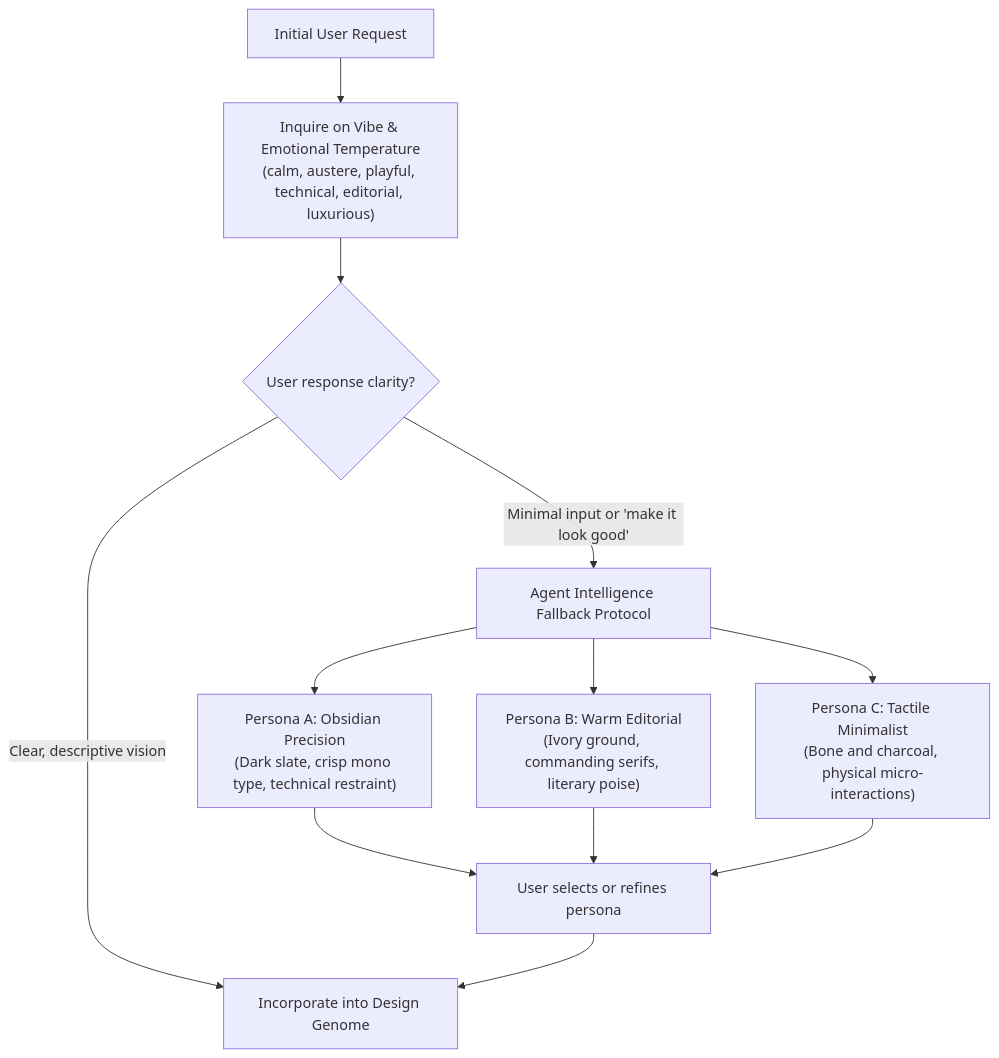
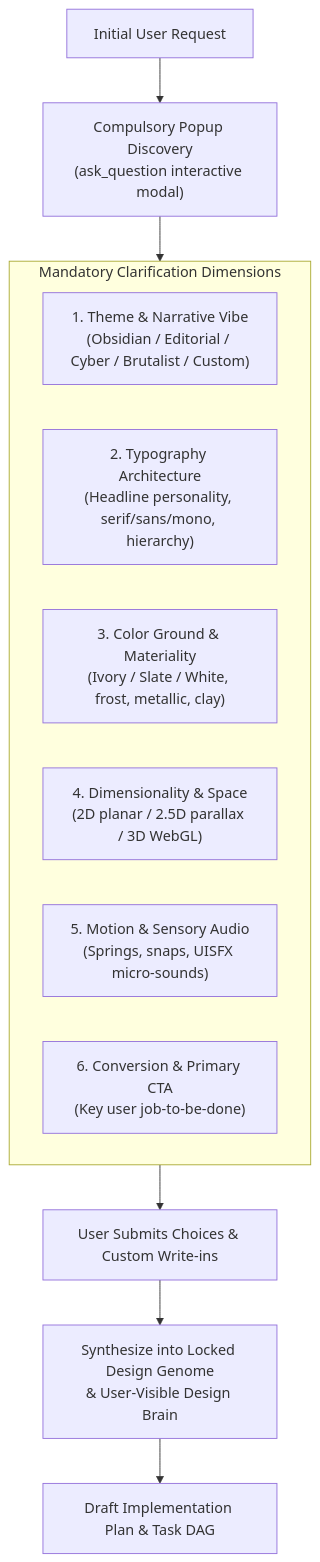
Before and after one commit to Erebuzzz/pixasso: the second of 7 diagrams in README.md, drawn with Mermaid. The commit also changed other lines of this file and 28 other files, not shown here.

Commit message:
Enforce compulsory interactive popup discovery before implementation planning across all agent adapters

````diff
--- a/README.md
+++ b/README.md
@@ -165,17 +165,18 @@
 ```mermaid
 flowchart TD
-    Req["Initial User Request"] --> AskFeel["Inquire on Vibe & Emotional Temperature<br/>(calm, austere, playful, technical, editorial, luxurious)"]
-    AskFeel --> UserResponse{"User response clarity?"}
+    Req["Initial User Request"] --> PopupModal["Compulsory Popup Discovery<br/>(ask_question interactive modal)"]
 
-    UserResponse -->|"Clear, descriptive vision"| LockGenome["Incorporate into Design Genome"]
-    UserResponse -->|"Minimal input or 'make it look good'"| Fallback["Agent Intelligence Fallback Protocol"]
+    subgraph Dimensions ["Mandatory Clarification Dimensions"]
+        Theme["1. Theme & Narrative Vibe<br/>(Obsidian / Editorial / Cyber / Brutalist / Custom)"]
+        Type["2. Typography Architecture<br/>(Headline personality, serif/sans/mono, hierarchy)"]
+        Color["3. Color Ground & Materiality<br/>(Ivory / Slate / White, frost, metallic, clay)"]
+        Dim["4. Dimensionality & Space<br/>(2D planar / 2.5D parallax / 3D WebGL)"]
+        Motion["5. Motion & Sensory Audio<br/>(Springs, snaps, UISFX micro-sounds)"]
+        Goal["6. Conversion & Primary CTA<br/>(Key user job-to-be-done)"]
+    end
 
-    Fallback --> OptionA["Persona A: Obsidian Precision<br/>(Dark slate, crisp mono type, technical restraint)"]
-    Fallback --> OptionB["Persona B: Warm Editorial<br/>(Ivory ground, commanding serifs, literary poise)"]
-    Fallback --> OptionC["Persona C: Tactile Minimalist<br/>(Bone and charcoal, physical micro-interactions)"]
-
-    OptionA --> UserSelect["User selects or refines persona"]
-    OptionB --> UserSelect
-    OptionC --> UserSelect
-    UserSelect --> LockGenome
+    PopupModal --> Dimensions
+    Dimensions --> UserSubmit["User Submits Choices & Custom Write-ins"]
+    UserSubmit --> LockGenome["Synthesize into Locked Design Genome<br/>& User-Visible Design Brain"]
+    LockGenome --> PlanGate["Draft Implementation Plan & Task DAG"]
 ```
````
